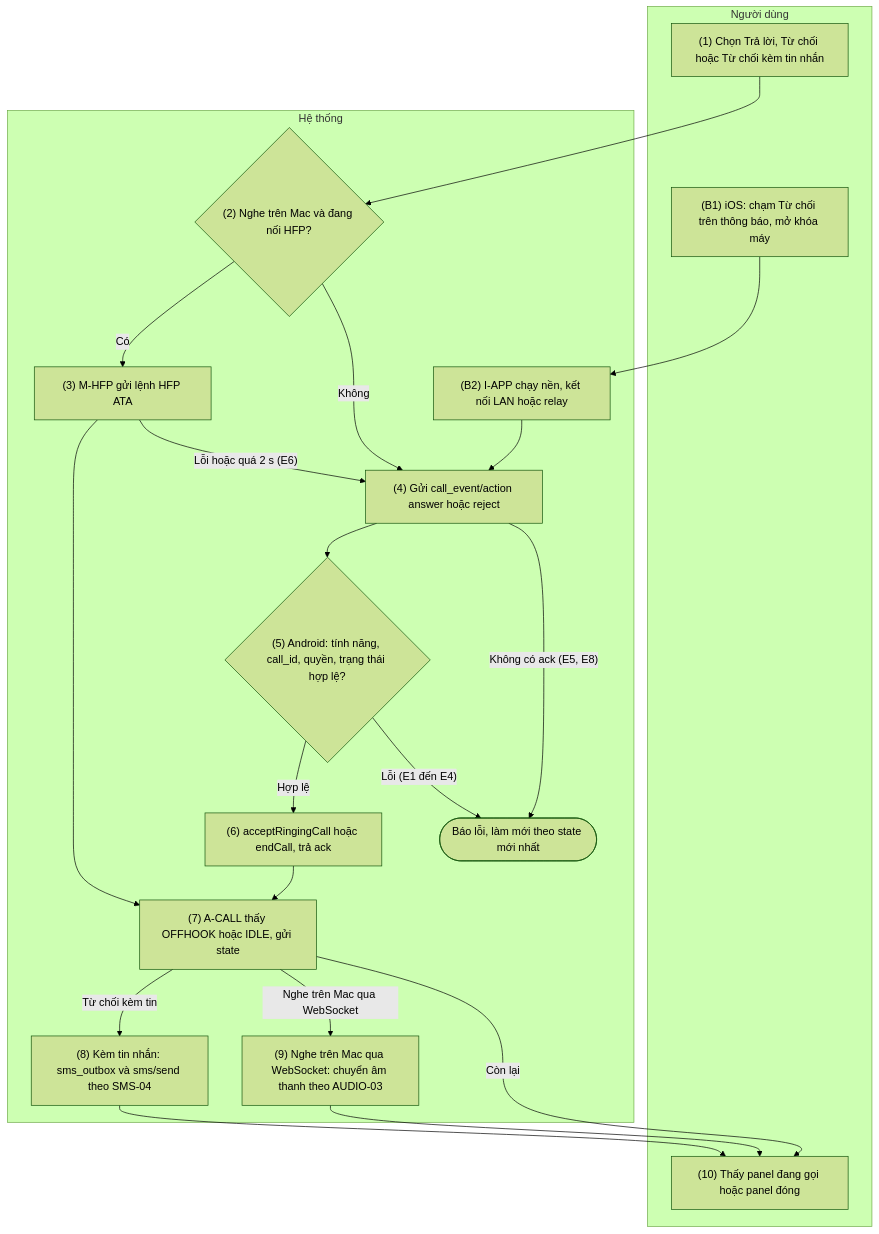
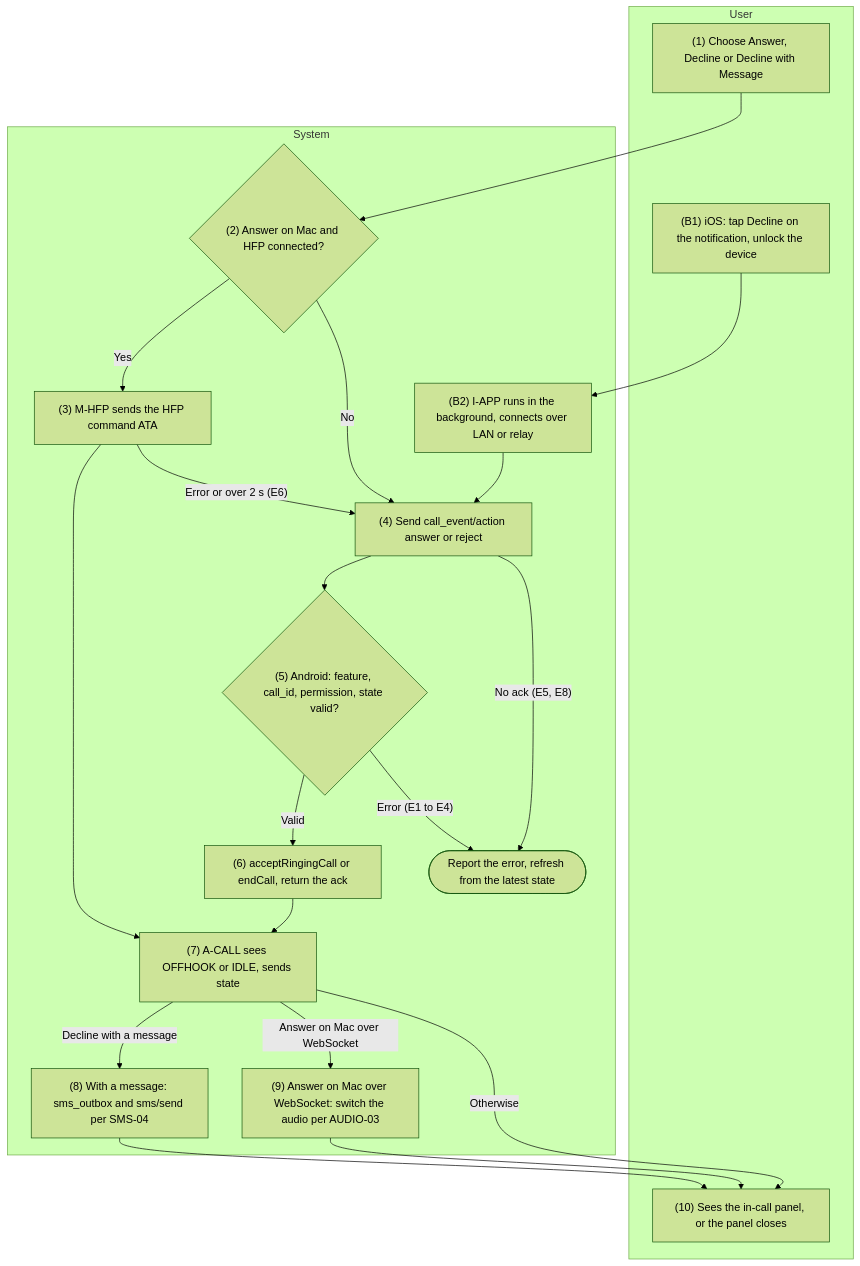
One commit to HandLive/handlive changed the second of 4 diagrams in docs/detailed-design/06-call-control.md. Above: the diagram before and after it, drawn with Mermaid (forest theme). The commit also changed other lines of this file and 1 other file, not shown here.

Commit message:
docs: translate docs/detailed-design/06-call-control.md into English

````diff
--- a/docs/detailed-design/06-call-control.md
+++ b/docs/detailed-design/06-call-control.md
@@ -483,31 +502,31 @@
 ```mermaid
 flowchart TB
-  subgraph ND["Người dùng"]
-    U1["(1) Chọn Trả lời, Từ chối hoặc Từ chối kèm tin nhắn"]
-    UB1["(B1) iOS: chạm Từ chối trên thông báo, mở khóa máy"]
-    U10["(10) Thấy panel đang gọi hoặc panel đóng"]
+  subgraph ND["User"]
+    U1["(1) Choose Answer, Decline or Decline with Message"]
+    UB1["(B1) iOS: tap Decline on the notification, unlock the device"]
+    U10["(10) Sees the in-call panel, or the panel closes"]
   end
-  subgraph HT["Hệ thống"]
-    D2{"(2) Nghe trên Mac và đang nối HFP?"}
-    S3["(3) M-HFP gửi lệnh HFP ATA"]
-    S4["(4) Gửi call_event/action answer hoặc reject"]
-    D5{"(5) Android: tính năng, call_id, quyền, trạng thái hợp lệ?"}
-    S6["(6) acceptRingingCall hoặc endCall, trả ack"]
-    S7["(7) A-CALL thấy OFFHOOK hoặc IDLE, gửi state"]
-    S8["(8) Kèm tin nhắn: sms_outbox và sms/send theo SMS-04"]
-    S9["(9) Nghe trên Mac qua WebSocket: chuyển âm thanh theo AUDIO-03"]
-    SB2["(B2) I-APP chạy nền, kết nối LAN hoặc relay"]
-    X1(["Báo lỗi, làm mới theo state mới nhất"])
+  subgraph HT["System"]
+    D2{"(2) Answer on Mac and HFP connected?"}
+    S3["(3) M-HFP sends the HFP command ATA"]
+    S4["(4) Send call_event/action answer or reject"]
+    D5{"(5) Android: feature, call_id, permission, state valid?"}
+    S6["(6) acceptRingingCall or endCall, return the ack"]
+    S7["(7) A-CALL sees OFFHOOK or IDLE, sends state"]
+    S8["(8) With a message: sms_outbox and sms/send per SMS-04"]
+    S9["(9) Answer on Mac over WebSocket: switch the audio per AUDIO-03"]
+    SB2["(B2) I-APP runs in the background, connects over LAN or relay"]
+    X1(["Report the error, refresh from the latest state"])
   end
   U1 --> D2
-  D2 -- "Có" --> S3 --> S7
-  S3 -- "Lỗi hoặc quá 2 s (E6)" --> S4
-  D2 -- "Không" --> S4 --> D5
+  D2 -- "Yes" --> S3 --> S7
+  S3 -- "Error or over 2 s (E6)" --> S4
+  D2 -- "No" --> S4 --> D5
   UB1 --> SB2 --> S4
-  D5 -- "Hợp lệ" --> S6 --> S7
-  D5 -- "Lỗi (E1 đến E4)" --> X1
-  S4 -- "Không có ack (E5, E8)" --> X1
-  S7 -- "Từ chối kèm tin" --> S8 --> U10
-  S7 -- "Nghe trên Mac qua WebSocket" --> S9 --> U10
-  S7 -- "Còn lại" --> U10
+  D5 -- "Valid" --> S6 --> S7
+  D5 -- "Error (E1 to E4)" --> X1
+  S4 -- "No ack (E5, E8)" --> X1
+  S7 -- "Decline with a message" --> S8 --> U10
+  S7 -- "Answer on Mac over WebSocket" --> S9 --> U10
+  S7 -- "Otherwise" --> U10
 ```
````
